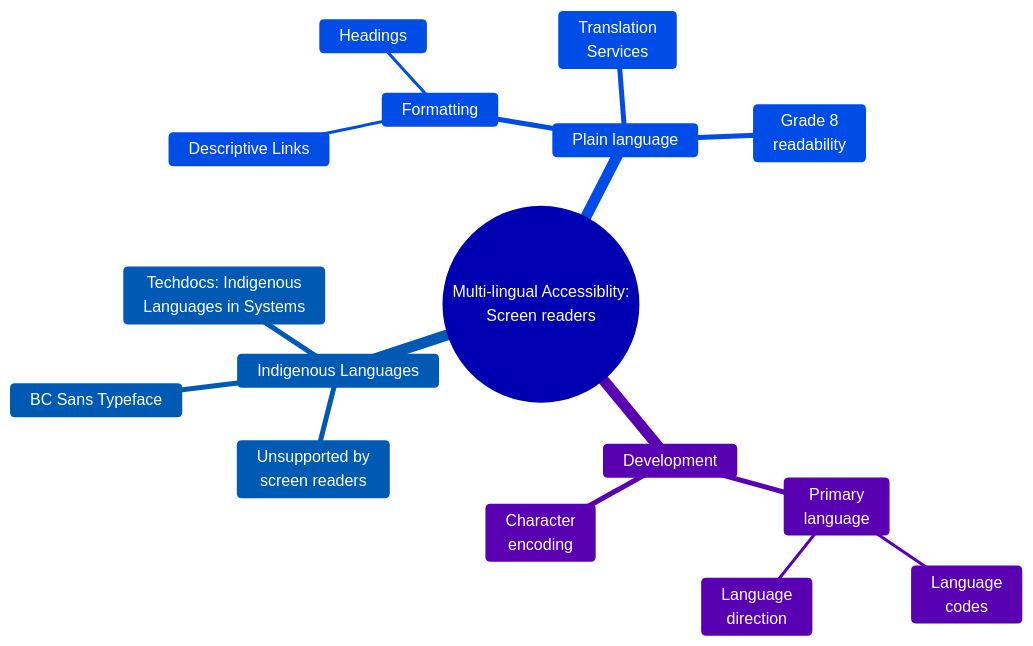
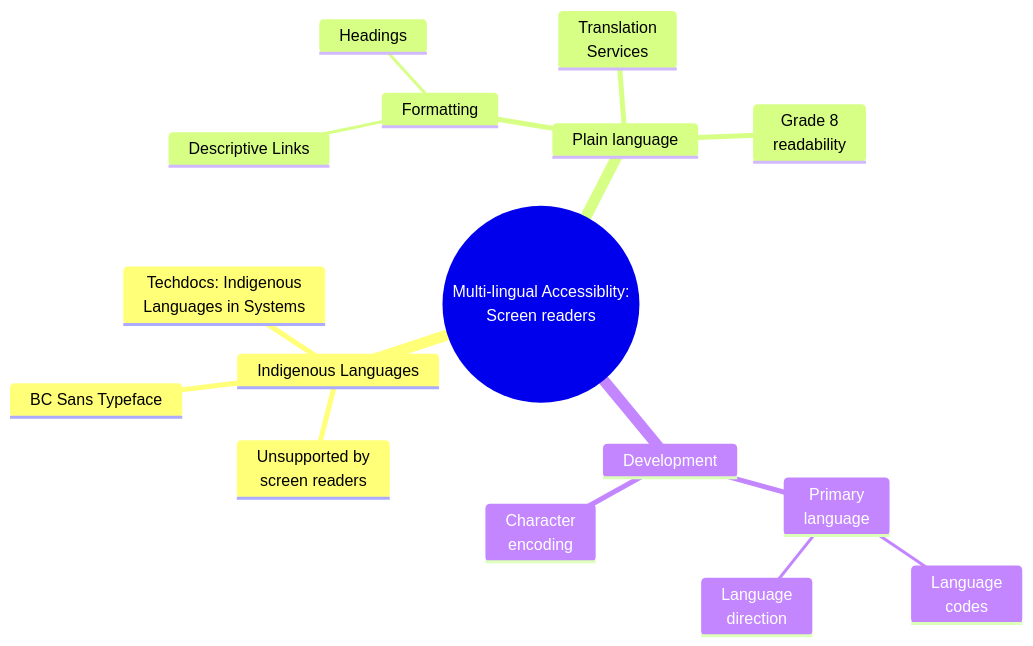
One commit to bcgov/bcdg changed the diagram in docs/accessibility-resources.md. Above: the diagram before and after it, drawn with Mermaid.

Commit message:
debugging mermaid diagram

````diff
--- a/docs/accessibility-resources.md
+++ b/docs/accessibility-resources.md
@@ -8,34 +8,21 @@
 ```mermaid
-  %%{
-    init: {
-      'theme': 'base',
-      'themeVariables': {
-        'primaryColor': '#3333ff',
-        'primaryTextColor': '#fff',
-        'primaryBorderColor': '#7C0000',
-        'lineColor': '#F8B229',
-        'secondaryColor': '#3399ff',
-        'tertiaryColor': '#6699ff'
-      }
-    }
-  }%%
   mindmap
     root((Multi-lingual Accessiblity: <br> Screen readers))
       Indigenous Languages
               Unsupported by<br> screen readers
               BC Sans Typeface
               Techdocs: Indigenous<br> Languages in Systems
                 
       Plain language
           Formatting
               Headings
               Descriptive Links
           Grade 8 <br> readability
           Translation<br> Services
 
       Development
           Primary<br> language
               Language<br> codes
               Language<br> direction
           Character<br> encoding
 ```
````
